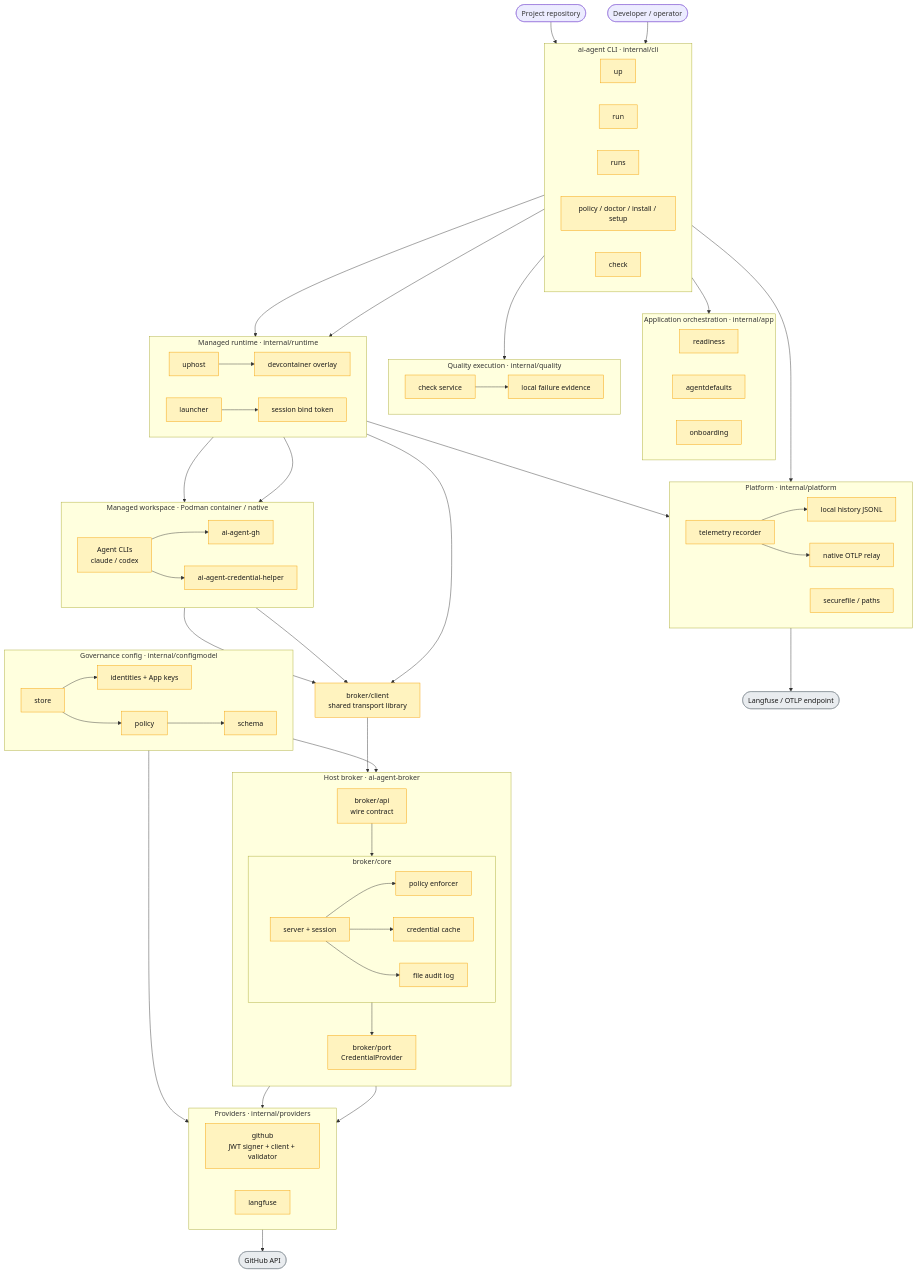
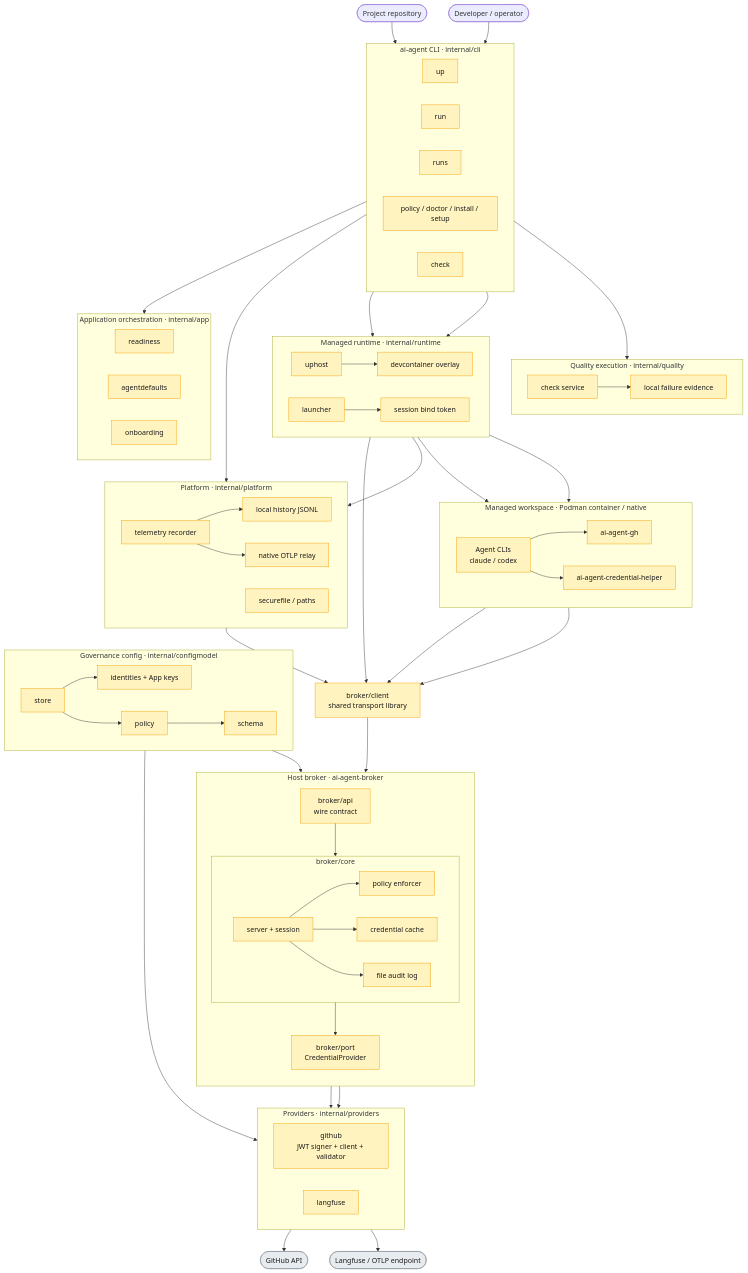
The first of 2 diagrams in docs/current-north-star-architecture.md (maryzam/ai-crew-localdev), drawn with Mermaid before and after one commit. The commit also changed other lines of this file and 49 other files, not shown here.

```diff
--- a/docs/current-north-star-architecture.md
+++ b/docs/current-north-star-architecture.md
@@ -120,6 +120,7 @@
     Port --> GitHub
     Port --> Langfuse
     GitHub --> ExtGitHub
+    Langfuse --> ExtLF
 
     Store --> Identity
     Store --> Policy
@@ -129,7 +130,7 @@
 
     Telemetry --> LocalSink
     Telemetry --> OTLPSink
-    OTLPSink --> ExtLF
+    OTLPSink --> BClient
     RunsCmd --> LocalSink
 
     classDef bin fill:#fff3bf,stroke:#f59f00,color:#1a1a1a
```
